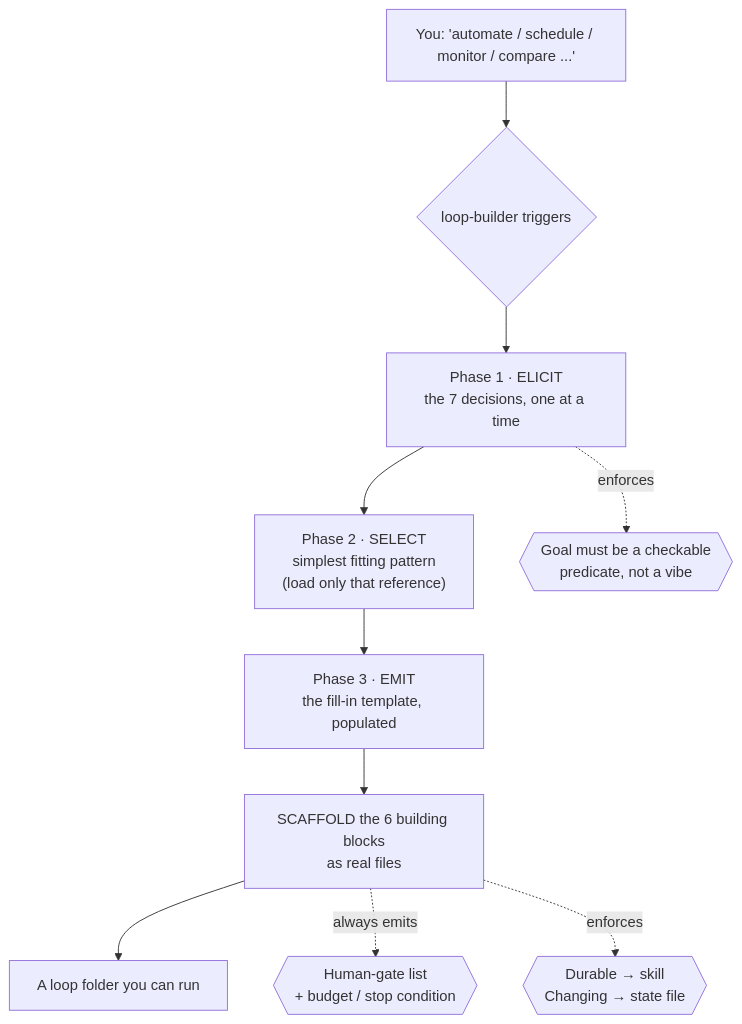
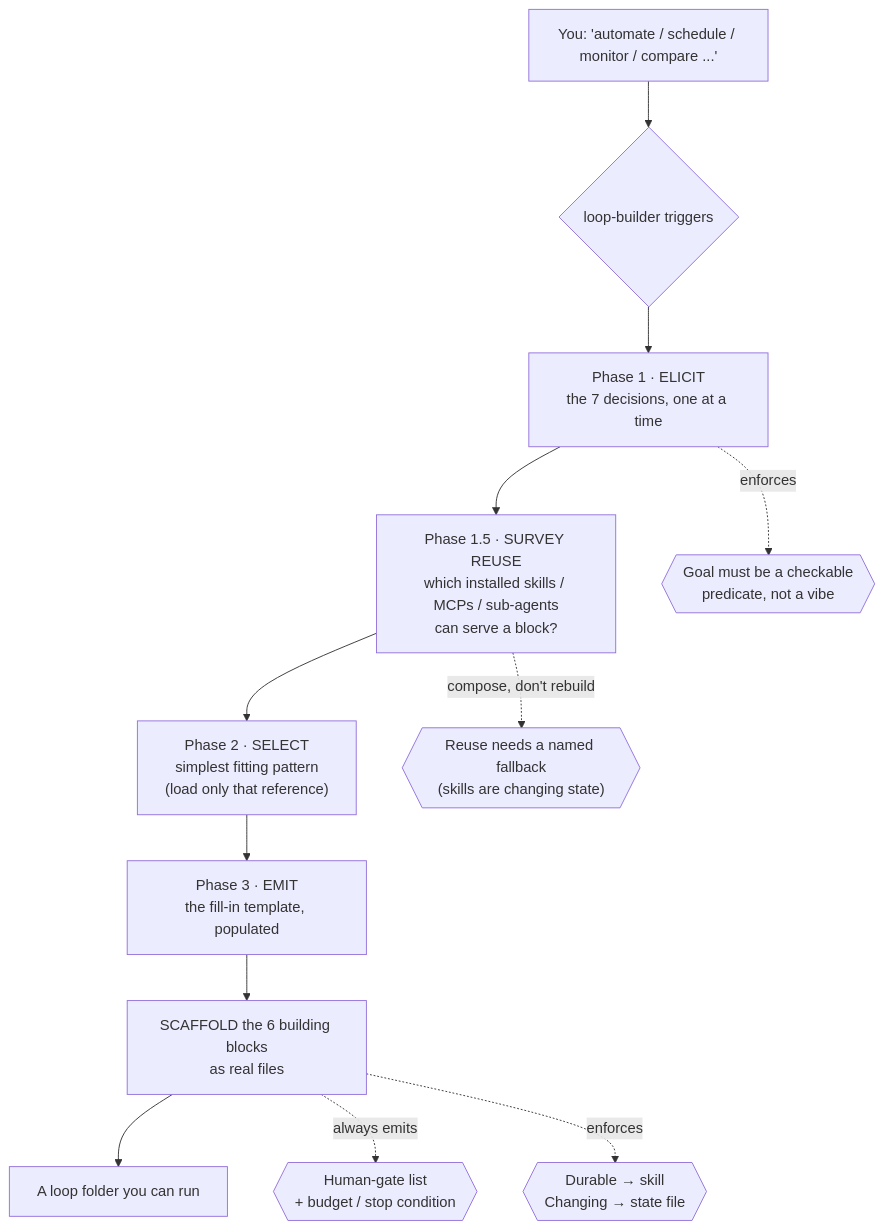
The first of 3 diagrams in README.md (AaronLPS/loop-builder), drawn with Mermaid before and after one commit. The commit also changed other lines of this file and 1 other file, not shown here.

First line of the commit message:
Add Phase 1.5: survey reusable skills/MCPs/sub-agents before scaffolding

````diff
--- a/README.md
+++ b/README.md
@@ -25,13 +25,15 @@
 ```mermaid
 flowchart TD
     U["You: 'automate / schedule / monitor / compare ...'"] --> T{loop-builder triggers}
     T --> P1["Phase 1 · ELICIT<br/>the 7 decisions, one at a time"]
-    P1 --> P2["Phase 2 · SELECT<br/>simplest fitting pattern<br/>(load only that reference)"]
+    P1 --> SV["Phase 1.5 · SURVEY REUSE<br/>which installed skills / MCPs / sub-agents<br/>can serve a block?"]
+    SV --> P2["Phase 2 · SELECT<br/>simplest fitting pattern<br/>(load only that reference)"]
     P2 --> P3["Phase 3 · EMIT<br/>the fill-in template, populated"]
     P3 --> SC["SCAFFOLD the 6 building blocks<br/>as real files"]
     SC --> OUT["A loop folder you can run"]
 
     P1 -. enforces .-> R1{{"Goal must be a checkable<br/>predicate, not a vibe"}}
+    SV -. compose, don't rebuild .-> R4{{"Reuse needs a named fallback<br/>(skills are changing state)"}}
     SC -. always emits .-> R2{{"Human-gate list<br/>+ budget / stop condition"}}
     SC -. enforces .-> R3{{"Durable → skill<br/>Changing → state file"}}
 ```
````
